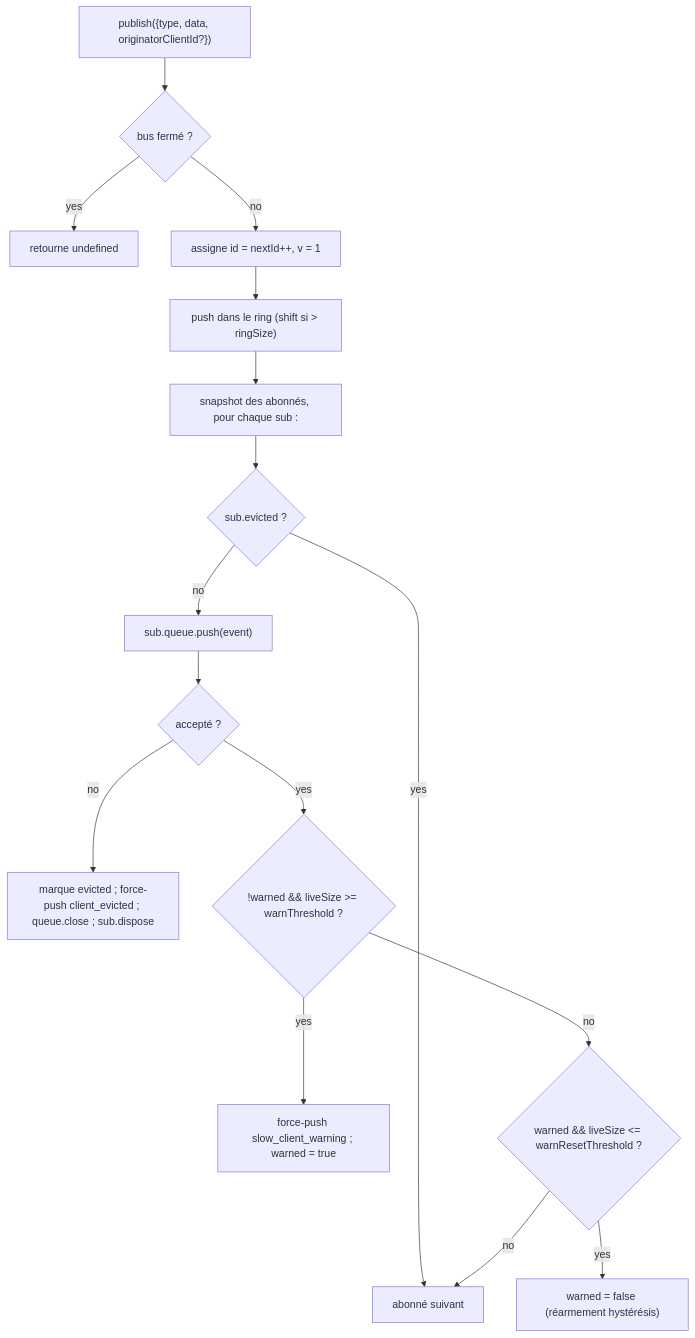
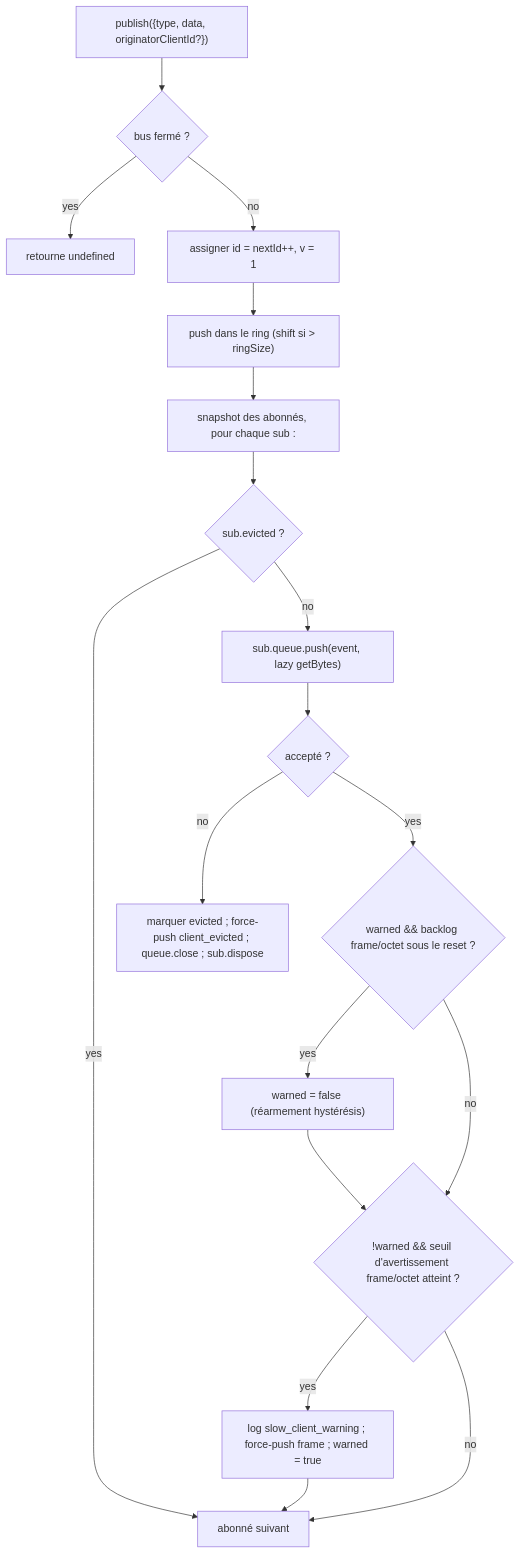
The first of 2 diagrams in website/content/fr/developers/daemon/10-event-bus.md (QwenLM/qwen-code-docs), drawn with Mermaid before and after one commit. The commit also changed other lines of this file and 128 other files, not shown here.

````diff
--- a/website/content/fr/developers/daemon/10-event-bus.md
+++ b/website/content/fr/developers/daemon/10-event-bus.md
@@ -70,18 +74,20 @@
 ```mermaid
 flowchart TD
     P["publish({type, data, originatorClientId?})"] --> C{"bus fermé ?"}
     C -->|yes| RU["retourne undefined"]
-    C -->|no| AID["assigne id = nextId++, v = 1"]
+    C -->|no| AID["assigner id = nextId++, v = 1"]
     AID --> PR["push dans le ring (shift si > ringSize)"]
     PR --> FAN["snapshot des abonnés, pour chaque sub :"]
     FAN --> EVCK{"sub.evicted ?"}
     EVCK -->|yes| NEXT[abonné suivant]
-    EVCK -->|no| PUSH["sub.queue.push(event)"]
+    EVCK -->|no| PUSH["sub.queue.push(event, lazy getBytes)"]
     PUSH --> OK{"accepté ?"}
-    OK -->|no| EVICT["marque evicted ; force-push client_evicted ; queue.close ; sub.dispose"]
-    OK -->|yes| WARN{"!warned && liveSize >= warnThreshold ?"}
-    WARN -->|yes| FW["force-push slow_client_warning ; warned = true"]
-    WARN -->|no| RES{"warned && liveSize <= warnResetThreshold ?"}
+    OK -->|no| EVICT["marquer evicted ; force-push client_evicted ; queue.close ; sub.dispose"]
+    OK -->|yes| RES{"warned && backlog frame/octet sous le reset ?"}
     RES -->|yes| RA["warned = false (réarmement hystérésis)"]
-    RES -->|no| NEXT
+    RES -->|no| WARN{"!warned && seuil d'avertissement frame/octet atteint ?"}
+    RA --> WARN
+    WARN -->|yes| FW["log slow_client_warning ; force-push frame ; warned = true"]
+    WARN -->|no| NEXT
+    FW --> NEXT
 ```
````
